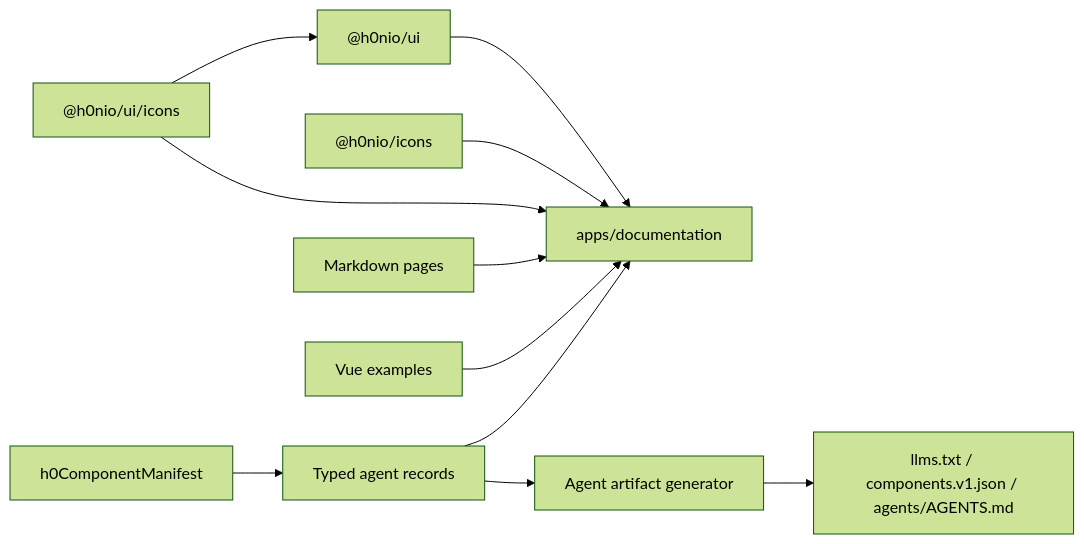
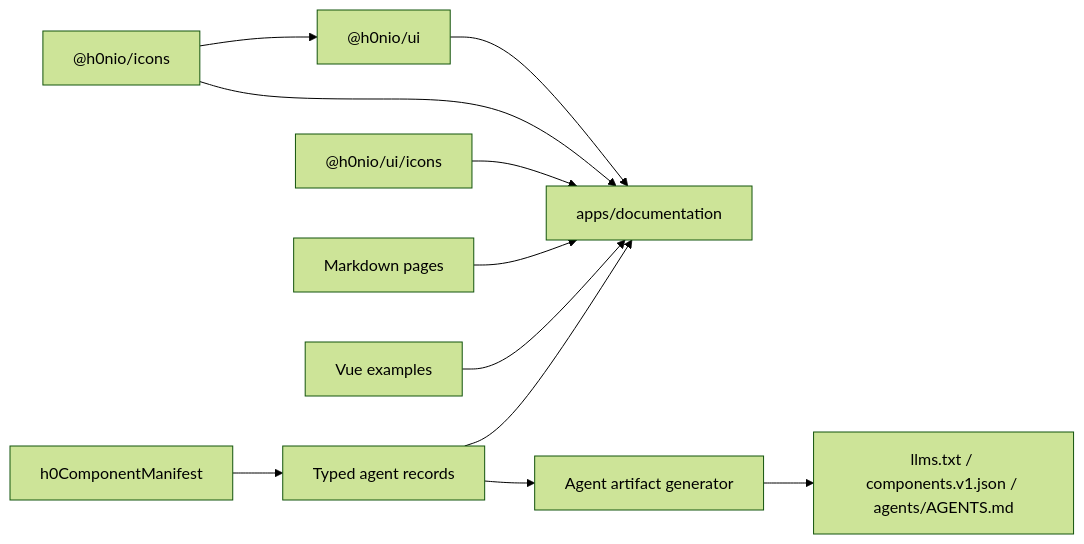
Before and after one commit to h0n-world/ui: the diagram in ARCHITECTURE.md, drawn with Mermaid (forest theme). The commit also changed other lines of this file and 129 other files, not shown here.

Commit message:
feat: migrate UI icon system to @h0nio/icons

````diff
--- a/ARCHITECTURE.md
+++ b/ARCHITECTURE.md
@@ -66,13 +66,13 @@
 ```mermaid
 flowchart LR
     UI["@h0nio/ui"] --> Docs["apps/documentation"]
-    IconLibrary["@h0nio/icons"] --> Docs
-    SystemIcons["@h0nio/ui/icons"] --> UI
-    SystemIcons --> Docs
+    IconLibrary["@h0nio/icons"] --> UI
+    IconLibrary --> Docs
+    CompatibilityIcons["@h0nio/ui/icons"] --> Docs
     Markdown["Markdown pages"] --> Docs
     Examples["Vue examples"] --> Docs
     Records["Typed agent records"] --> Docs
     Manifest["h0ComponentManifest"] --> Records
     Records --> Generator["Agent artifact generator"]
     Generator --> Public["llms.txt / components.v1.json / agents/AGENTS.md"]
 ```
````
